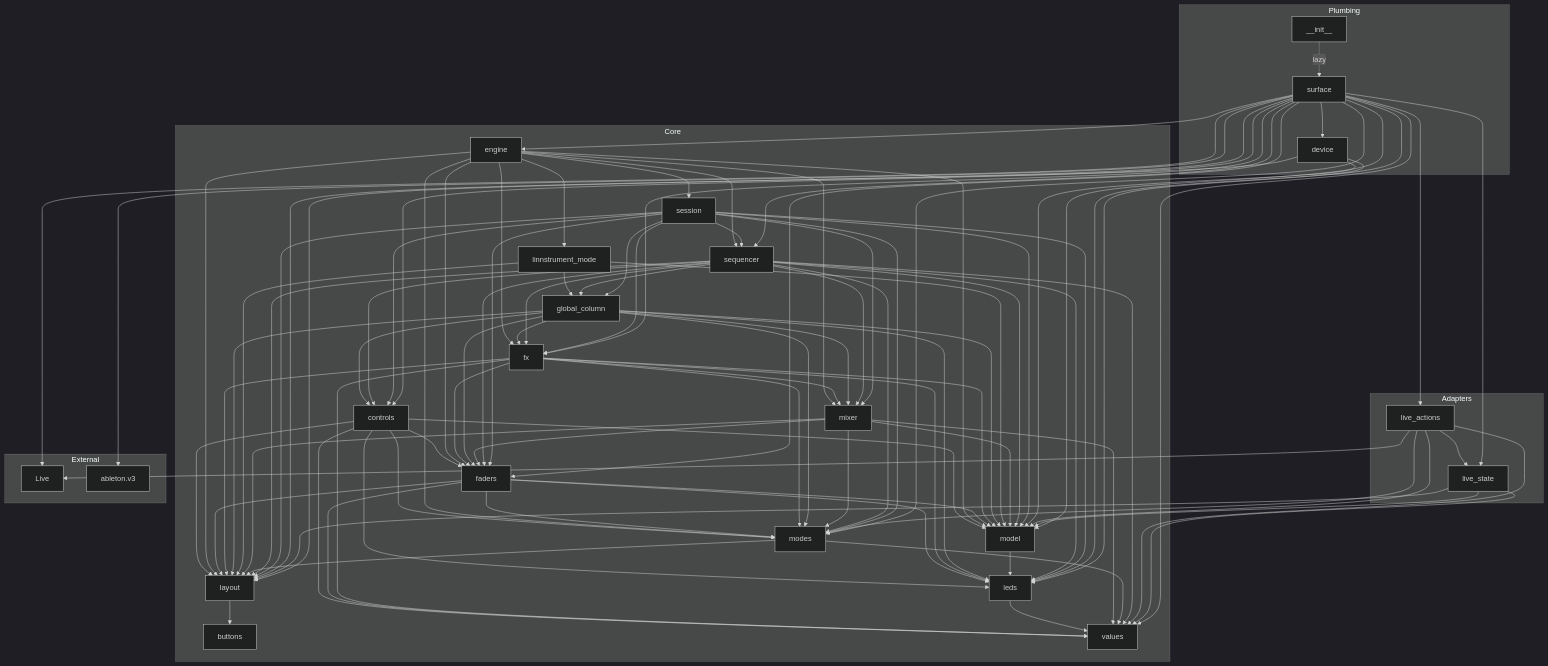
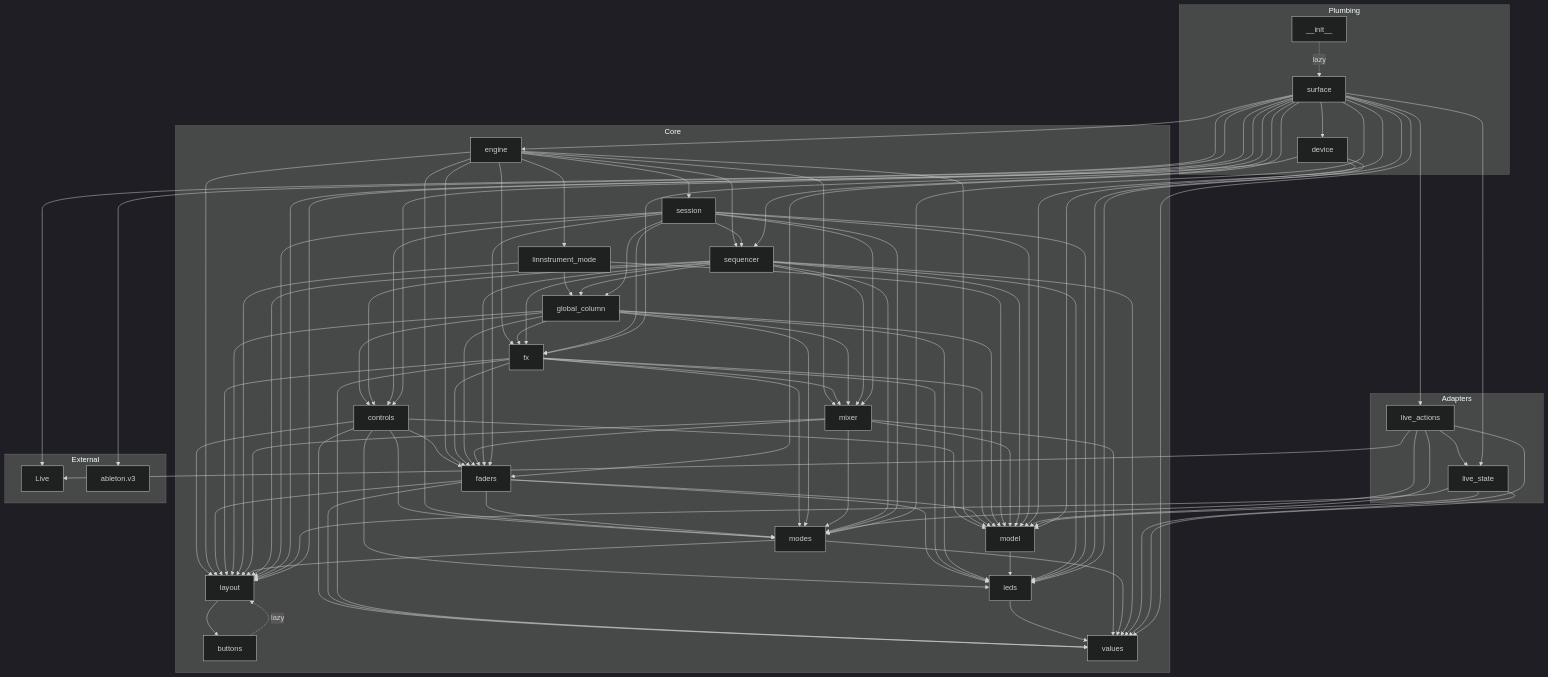
Before and after one commit to ianbleaker/bleakloop-linnstrument: the fourth of 8 diagrams in docs/architecture.md, drawn with Mermaid (dark theme). The commit also changed 17 other files, not shown here.

```diff
--- a/docs/architecture.md
+++ b/docs/architecture.md
@@ -214,6 +214,7 @@
     ableton_v3["ableton.v3"]
   end
   __init__ -.->|lazy| surface
+  core_buttons -.->|lazy| core_layout
   core_controls --> core_faders
   core_controls --> core_layout
   core_controls --> core_leds
```
